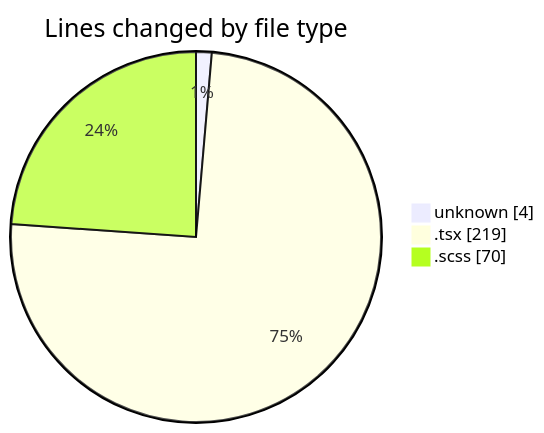
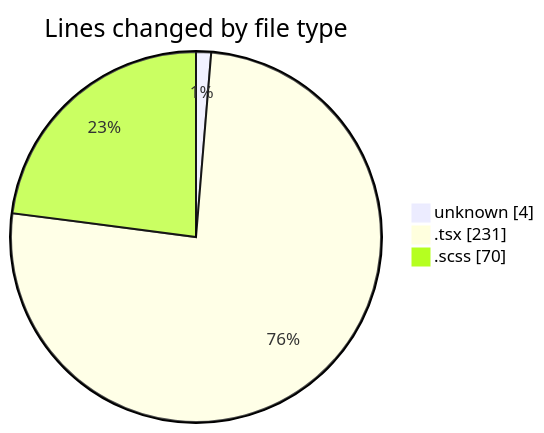
Before and after one commit to momahboobian/code-tracking: the first of 2 diagrams in 2025-02-14/cda/README.md, drawn with Mermaid. The commit also changed other lines of this file and 1 other file, not shown here.

````diff
--- a/2025-02-14/cda/README.md
+++ b/2025-02-14/cda/README.md
@@ -22,7 +22,7 @@
 ```mermaid
 pie showData
 title Lines changed by file type
 "unknown" : 4
-".tsx" : 219
+".tsx" : 231
 ".scss" : 70
 ```
````
